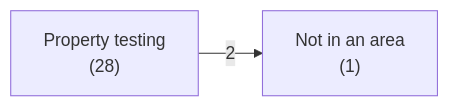
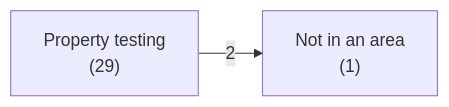
The first of 3 diagrams in docs/generated/test/property/depends.md (ruudkoot/rune), drawn with Mermaid before and after one commit. The commit also changed other lines of this file and 139 other files, not shown here.

````diff
--- a/docs/generated/test/property/depends.md
+++ b/docs/generated/test/property/depends.md
@@ -24,6 +24,6 @@
 ```mermaid
 flowchart LR
   a0["Not in an area<br>(1)"]
-  a1["Property testing<br>(28)"]
+  a1["Property testing<br>(29)"]
   a1 -- 2 --> a0
 ```
````
